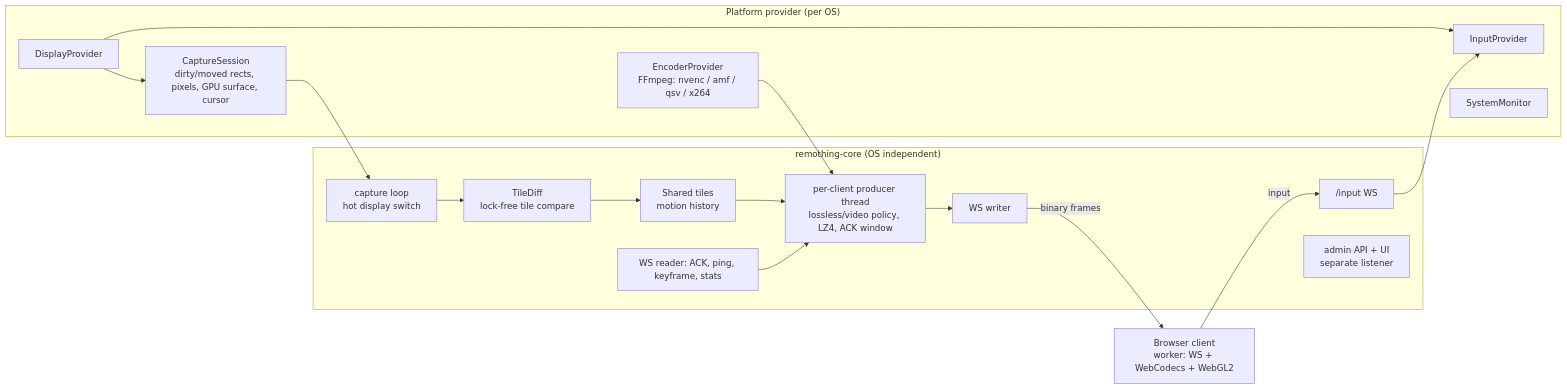
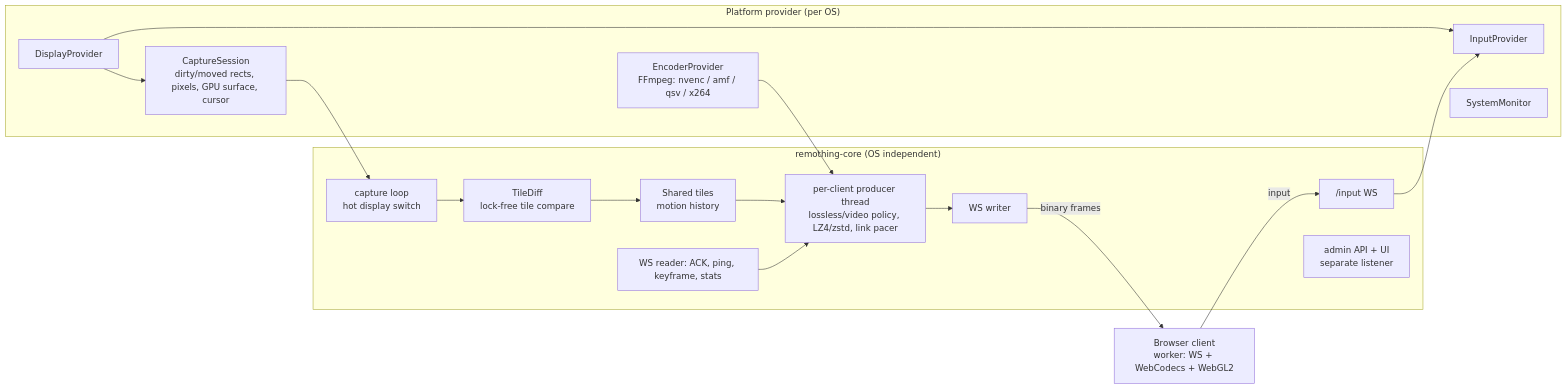
Before and after one commit to victor141516/remothing: the diagram in docs/ARCHITECTURE.md, drawn with Mermaid. The commit also changed other lines of this file and 20 other files, not shown here.

Commit message:
Bad links: per-client link model (pacer), link-sized policy, paced capped video, zstd, client hold in ACK

````diff
--- a/docs/ARCHITECTURE.md
+++ b/docs/ARCHITECTURE.md
@@ -7,22 +7,22 @@
 ```mermaid
 flowchart LR
   subgraph Provider["Platform provider (per OS)"]
     D[DisplayProvider] --> C[CaptureSession<br/>dirty/moved rects, pixels, GPU surface, cursor]
     D --> I[InputProvider]
     E[EncoderProvider<br/>FFmpeg: nvenc / amf / qsv / x264]
     M[SystemMonitor]
   end
   subgraph Core["remothing-core (OS independent)"]
     CL[capture loop<br/>hot display switch] --> TD[TileDiff<br/>lock-free tile compare]
     TD --> S[Shared tiles<br/>motion history]
-    S --> P[per-client producer thread<br/>lossless/video policy, LZ4, ACK window]
+    S --> P[per-client producer thread<br/>lossless/video policy, LZ4/zstd, link pacer]
     P --> W[WS writer]
     R[WS reader: ACK, ping, keyframe, stats] --> P
     IN["/input WS"] --> I
     A[admin API + UI<br/>separate listener]
   end
   C --> CL
   E --> P
   W -->|binary frames| B[Browser client<br/>worker: WS + WebCodecs + WebGL2]
   B -->|input| IN
 ```
````
